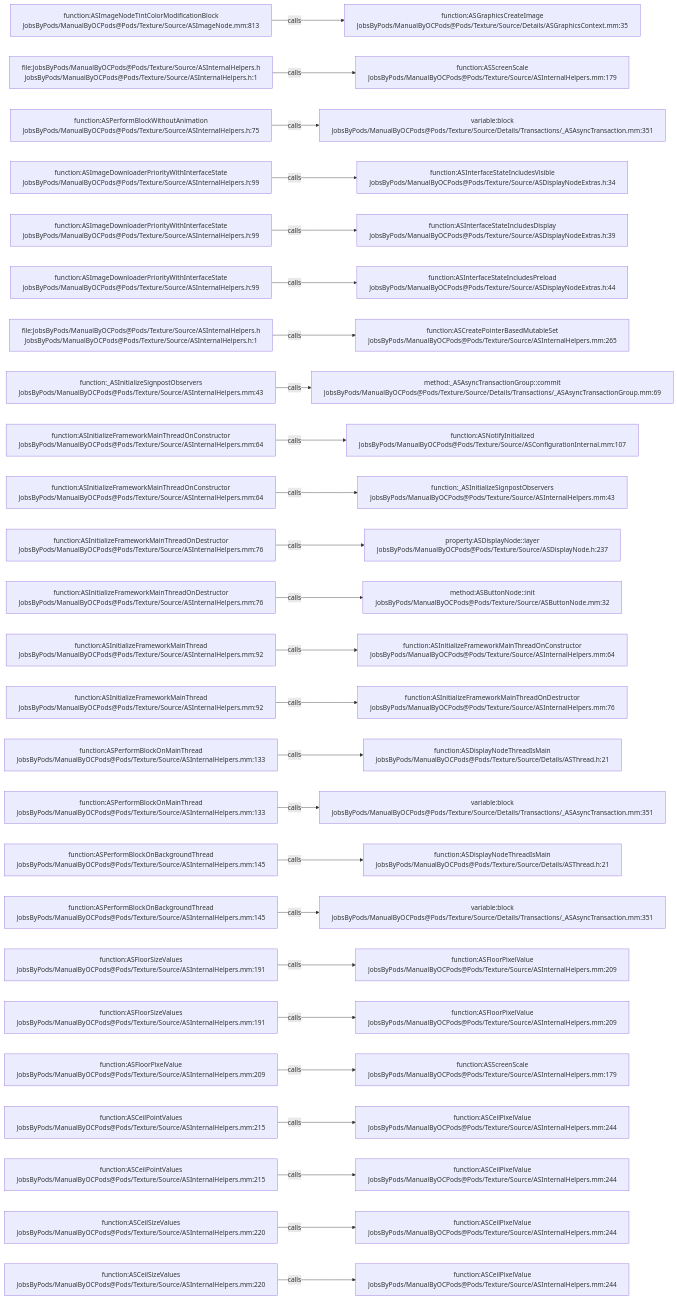
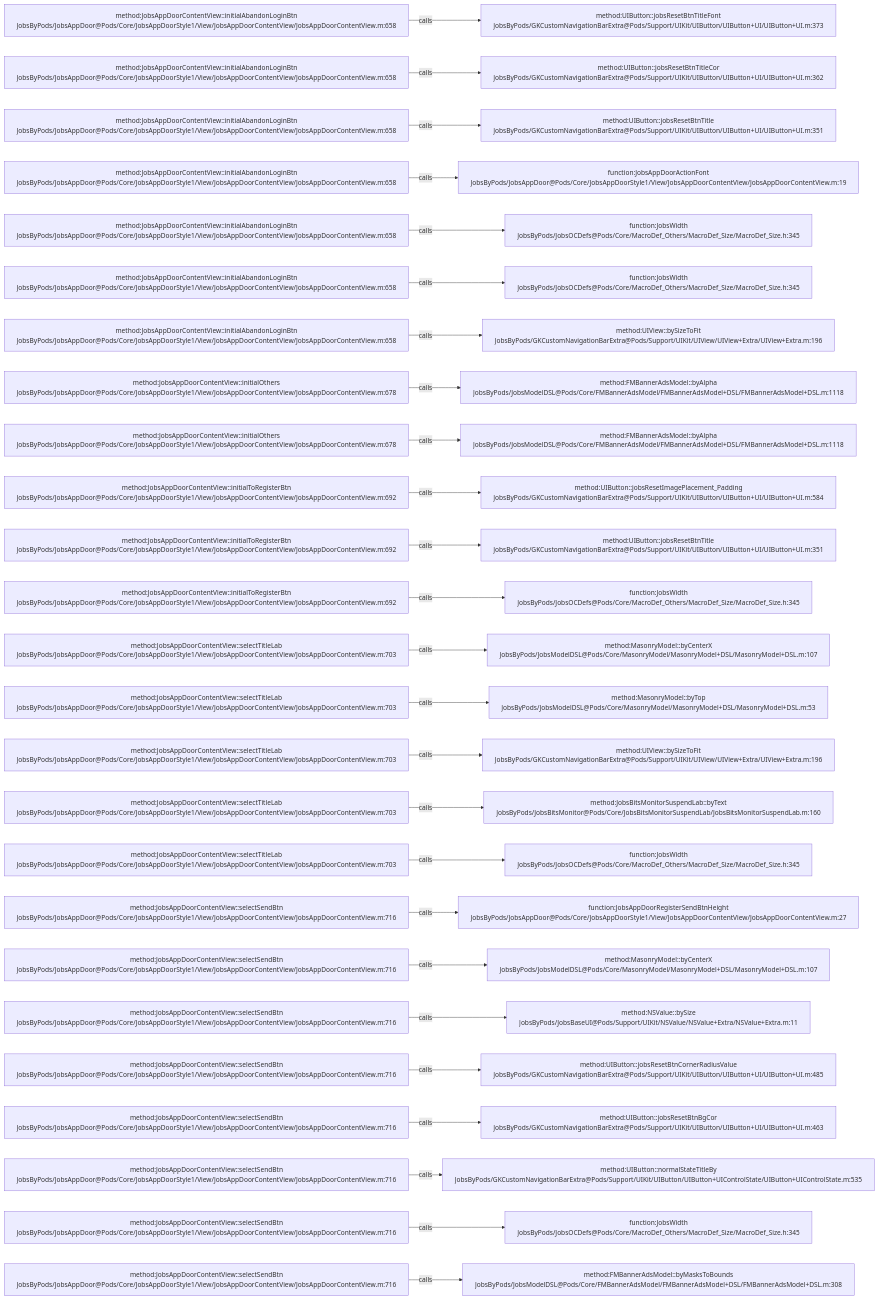
The diagram in .codegraph/codegraph.md/graphs/calls-096.md (JobsKits/JobsOCBaseConfigDemo), drawn with Mermaid before and after one commit. The commit also changed 768 other files, not shown here.

````diff
--- a/.codegraph/codegraph.md/graphs/calls-096.md
+++ b/.codegraph/codegraph.md/graphs/calls-096.md
@@ -13,78 +13,78 @@
 ```mermaid
 flowchart LR
-  S1["function:ASImageNodeTintColorModificationBlock<br/>JobsByPods/ManualByOCPods@Pods/Texture/Source/ASImageNode.mm:813"]
-  T1["function:ASGraphicsCreateImage<br/>JobsByPods/ManualByOCPods@Pods/Texture/Source/Details/ASGraphicsContext.mm:35"]
+  S1["method:JobsAppDoorContentView::initialAbandonLoginBtn<br/>JobsByPods/JobsAppDoor@Pods/Core/JobsAppDoorStyle1/View/JobsAppDoorContentView/JobsAppDoorContentView.m:658"]
+  T1["method:UIButton::jobsResetBtnTitleFont<br/>JobsByPods/GKCustomNavigationBarExtra@Pods/Support/UIKit/UIButton/UIButton+UI/UIButton+UI.m:373"]
   S1 -->|calls| T1
-  S2["file:JobsByPods/ManualByOCPods@Pods/Texture/Source/ASInternalHelpers.h<br/>JobsByPods/ManualByOCPods@Pods/Texture/Source/ASInternalHelpers.h:1"]
-  T2["function:ASScreenScale<br/>JobsByPods/ManualByOCPods@Pods/Texture/Source/ASInternalHelpers.mm:179"]
+  S2["method:JobsAppDoorContentView::initialAbandonLoginBtn<br/>JobsByPods/JobsAppDoor@Pods/Core/JobsAppDoorStyle1/View/JobsAppDoorContentView/JobsAppDoorContentView.m:658"]
+  T2["method:UIButton::jobsResetBtnTitleCor<br/>JobsByPods/GKCustomNavigationBarExtra@Pods/Support/UIKit/UIButton/UIButton+UI/UIButton+UI.m:362"]
   S2 -->|calls| T2
-  S3["function:ASPerformBlockWithoutAnimation<br/>JobsByPods/ManualByOCPods@Pods/Texture/Source/ASInternalHelpers.h:75"]
-  T3["variable:block<br/>JobsByPods/ManualByOCPods@Pods/Texture/Source/Details/Transactions/_ASAsyncTransaction.mm:351"]
+  S3["method:JobsAppDoorContentView::initialAbandonLoginBtn<br/>JobsByPods/JobsAppDoor@Pods/Core/JobsAppDoorStyle1/View/JobsAppDoorContentView/JobsAppDoorContentView.m:658"]
+  T3["method:UIButton::jobsResetBtnTitle<br/>JobsByPods/GKCustomNavigationBarExtra@Pods/Support/UIKit/UIButton/UIButton+UI/UIButton+UI.m:351"]
   S3 -->|calls| T3
-  S4["function:ASImageDownloaderPriorityWithInterfaceState<br/>JobsByPods/ManualByOCPods@Pods/Texture/Source/ASInternalHelpers.h:99"]
-  T4["function:ASInterfaceStateIncludesVisible<br/>JobsByPods/ManualByOCPods@Pods/Texture/Source/ASDisplayNodeExtras.h:34"]
+  S4["method:JobsAppDoorContentView::initialAbandonLoginBtn<br/>JobsByPods/JobsAppDoor@Pods/Core/JobsAppDoorStyle1/View/JobsAppDoorContentView/JobsAppDoorContentView.m:658"]
+  T4["function:JobsAppDoorActionFont<br/>JobsByPods/JobsAppDoor@Pods/Core/JobsAppDoorStyle1/View/JobsAppDoorContentView/JobsAppDoorContentView.m:19"]
   S4 -->|calls| T4
-  S5["function:ASImageDownloaderPriorityWithInterfaceState<br/>JobsByPods/ManualByOCPods@Pods/Texture/Source/ASInternalHelpers.h:99"]
-  T5["function:ASInterfaceStateIncludesDisplay<br/>JobsByPods/ManualByOCPods@Pods/Texture/Source/ASDisplayNodeExtras.h:39"]
+  S5["method:JobsAppDoorContentView::initialAbandonLoginBtn<br/>JobsByPods/JobsAppDoor@Pods/Core/JobsAppDoorStyle1/View/JobsAppDoorContentView/JobsAppDoorContentView.m:658"]
+  T5["function:JobsWidth<br/>JobsByPods/JobsOCDefs@Pods/Core/MacroDef_Others/MacroDef_Size/MacroDef_Size.h:345"]
   S5 -->|calls| T5
-  S6["function:ASImageDownloaderPriorityWithInterfaceState<br/>JobsByPods/ManualByOCPods@Pods/Texture/Source/ASInternalHelpers.h:99"]
-  T6["function:ASInterfaceStateIncludesPreload<br/>JobsByPods/ManualByOCPods@Pods/Texture/Source/ASDisplayNodeExtras.h:44"]
+  S6["method:JobsAppDoorContentView::initialAbandonLoginBtn<br/>JobsByPods/JobsAppDoor@Pods/Core/JobsAppDoorStyle1/View/JobsAppDoorContentView/JobsAppDoorContentView.m:658"]
+  T6["function:JobsWidth<br/>JobsByPods/JobsOCDefs@Pods/Core/MacroDef_Others/MacroDef_Size/MacroDef_Size.h:345"]
   S6 -->|calls| T6
-  S7["file:JobsByPods/ManualByOCPods@Pods/Texture/Source/ASInternalHelpers.h<br/>JobsByPods/ManualByOCPods@Pods/Texture/Source/ASInternalHelpers.h:1"]
-  T7["function:ASCreatePointerBasedMutableSet<br/>JobsByPods/ManualByOCPods@Pods/Texture/Source/ASInternalHelpers.mm:265"]
+  S7["method:JobsAppDoorContentView::initialAbandonLoginBtn<br/>JobsByPods/JobsAppDoor@Pods/Core/JobsAppDoorStyle1/View/JobsAppDoorContentView/JobsAppDoorContentView.m:658"]
+  T7["method:UIView::bySizeToFit<br/>JobsByPods/GKCustomNavigationBarExtra@Pods/Support/UIKit/UIView/UIView+Extra/UIView+Extra.m:196"]
   S7 -->|calls| T7
-  S8["function:_ASInitializeSignpostObservers<br/>JobsByPods/ManualByOCPods@Pods/Texture/Source/ASInternalHelpers.mm:43"]
-  T8["method:_ASAsyncTransactionGroup::commit<br/>JobsByPods/ManualByOCPods@Pods/Texture/Source/Details/Transactions/_ASAsyncTransactionGroup.mm:69"]
+  S8["method:JobsAppDoorContentView::initialOthers<br/>JobsByPods/JobsAppDoor@Pods/Core/JobsAppDoorStyle1/View/JobsAppDoorContentView/JobsAppDoorContentView.m:678"]
+  T8["method:FMBannerAdsModel::byAlpha<br/>JobsByPods/JobsModelDSL@Pods/Core/FMBannerAdsModel/FMBannerAdsModel+DSL/FMBannerAdsModel+DSL.m:1118"]
   S8 -->|calls| T8
-  S9["function:ASInitializeFrameworkMainThreadOnConstructor<br/>JobsByPods/ManualByOCPods@Pods/Texture/Source/ASInternalHelpers.mm:64"]
-  T9["function:ASNotifyInitialized<br/>JobsByPods/ManualByOCPods@Pods/Texture/Source/ASConfigurationInternal.mm:107"]
+  S9["method:JobsAppDoorContentView::initialOthers<br/>JobsByPods/JobsAppDoor@Pods/Core/JobsAppDoorStyle1/View/JobsAppDoorContentView/JobsAppDoorContentView.m:678"]
+  T9["method:FMBannerAdsModel::byAlpha<br/>JobsByPods/JobsModelDSL@Pods/Core/FMBannerAdsModel/FMBannerAdsModel+DSL/FMBannerAdsModel+DSL.m:1118"]
   S9 -->|calls| T9
-  S10["function:ASInitializeFrameworkMainThreadOnConstructor<br/>JobsByPods/ManualByOCPods@Pods/Texture/Source/ASInternalHelpers.mm:64"]
-  T10["function:_ASInitializeSignpostObservers<br/>JobsByPods/ManualByOCPods@Pods/Texture/Source/ASInternalHelpers.mm:43"]
+  S10["method:JobsAppDoorContentView::initialToRegisterBtn<br/>JobsByPods/JobsAppDoor@Pods/Core/JobsAppDoorStyle1/View/JobsAppDoorContentView/JobsAppDoorContentView.m:692"]
+  T10["method:UIButton::jobsResetImagePlacement_Padding<br/>JobsByPods/GKCustomNavigationBarExtra@Pods/Support/UIKit/UIButton/UIButton+UI/UIButton+UI.m:584"]
   S10 -->|calls| T10
-  S11["function:ASInitializeFrameworkMainThreadOnDestructor<br/>JobsByPods/ManualByOCPods@Pods/Texture/Source/ASInternalHelpers.mm:76"]
-  T11["property:ASDisplayNode::layer<br/>JobsByPods/ManualByOCPods@Pods/Texture/Source/ASDisplayNode.h:237"]
+  S11["method:JobsAppDoorContentView::initialToRegisterBtn<br/>JobsByPods/JobsAppDoor@Pods/Core/JobsAppDoorStyle1/View/JobsAppDoorContentView/JobsAppDoorContentView.m:692"]
+  T11["method:UIButton::jobsResetBtnTitle<br/>JobsByPods/GKCustomNavigationBarExtra@Pods/Support/UIKit/UIButton/UIButton+UI/UIButton+UI.m:351"]
   S11 -->|calls| T11
-  S12["function:ASInitializeFrameworkMainThreadOnDestructor<br/>JobsByPods/ManualByOCPods@Pods/Texture/Source/ASInternalHelpers.mm:76"]
-  T12["method:ASButtonNode::init<br/>JobsByPods/ManualByOCPods@Pods/Texture/Source/ASButtonNode.mm:32"]
+  S12["method:JobsAppDoorContentView::initialToRegisterBtn<br/>JobsByPods/JobsAppDoor@Pods/Core/JobsAppDoorStyle1/View/JobsAppDoorContentView/JobsAppDoorContentView.m:692"]
+  T12["function:JobsWidth<br/>JobsByPods/JobsOCDefs@Pods/Core/MacroDef_Others/MacroDef_Size/MacroDef_Size.h:345"]
   S12 -->|calls| T12
-  S13["function:ASInitializeFrameworkMainThread<br/>JobsByPods/ManualByOCPods@Pods/Texture/Source/ASInternalHelpers.mm:92"]
-  T13["function:ASInitializeFrameworkMainThreadOnConstructor<br/>JobsByPods/ManualByOCPods@Pods/Texture/Source/ASInternalHelpers.mm:64"]
+  S13["method:JobsAppDoorContentView::selectTitleLab<br/>JobsByPods/JobsAppDoor@Pods/Core/JobsAppDoorStyle1/View/JobsAppDoorContentView/JobsAppDoorContentView.m:703"]
+  T13["method:MasonryModel::byCenterX<br/>JobsByPods/JobsModelDSL@Pods/Core/MasonryModel/MasonryModel+DSL/MasonryModel+DSL.m:107"]
   S13 -->|calls| T13
-  S14["function:ASInitializeFrameworkMainThread<br/>JobsByPods/ManualByOCPods@Pods/Texture/Source/ASInternalHelpers.mm:92"]
-  T14["function:ASInitializeFrameworkMainThreadOnDestructor<br/>JobsByPods/ManualByOCPods@Pods/Texture/Source/ASInternalHelpers.mm:76"]
+  S14["method:JobsAppDoorContentView::selectTitleLab<br/>JobsByPods/JobsAppDoor@Pods/Core/JobsAppDoorStyle1/View/JobsAppDoorContentView/JobsAppDoorContentView.m:703"]
+  T14["method:MasonryModel::byTop<br/>JobsByPods/JobsModelDSL@Pods/Core/MasonryModel/MasonryModel+DSL/MasonryModel+DSL.m:53"]
   S14 -->|calls| T14
-  S15["function:ASPerformBlockOnMainThread<br/>JobsByPods/ManualByOCPods@Pods/Texture/Source/ASInternalHelpers.mm:133"]
-  T15["function:ASDisplayNodeThreadIsMain<br/>JobsByPods/ManualByOCPods@Pods/Texture/Source/Details/ASThread.h:21"]
+  S15["method:JobsAppDoorContentView::selectTitleLab<br/>JobsByPods/JobsAppDoor@Pods/Core/JobsAppDoorStyle1/View/JobsAppDoorContentView/JobsAppDoorContentView.m:703"]
+  T15["method:UIView::bySizeToFit<br/>JobsByPods/GKCustomNavigationBarExtra@Pods/Support/UIKit/UIView/UIView+Extra/UIView+Extra.m:196"]
   S15 -->|calls| T15
-  S16["function:ASPerformBlockOnMainThread<br/>JobsByPods/ManualByOCPods@Pods/Texture/Source/ASInternalHelpers.mm:133"]
-  T16["variable:block<br/>JobsByPods/ManualByOCPods@Pods/Texture/Source/Details/Transactions/_ASAsyncTransaction.mm:351"]
+  S16["method:JobsAppDoorContentView::selectTitleLab<br/>JobsByPods/JobsAppDoor@Pods/Core/JobsAppDoorStyle1/View/JobsAppDoorContentView/JobsAppDoorContentView.m:703"]
+  T16["method:JobsBitsMonitorSuspendLab::byText<br/>JobsByPods/JobsBitsMonitor@Pods/Core/JobsBitsMonitorSuspendLab/JobsBitsMonitorSuspendLab.m:160"]
   S16 -->|calls| T16
-  S17["function:ASPerformBlockOnBackgroundThread<br/>JobsByPods/ManualByOCPods@Pods/Texture/Source/ASInternalHelpers.mm:145"]
-  T17["function:ASDisplayNodeThreadIsMain<br/>JobsByPods/ManualByOCPods@Pods/Texture/Source/Details/ASThread.h:21"]
+  S17["method:JobsAppDoorContentView::selectTitleLab<br/>JobsByPods/JobsAppDoor@Pods/Core/JobsAppDoorStyle1/View/JobsAppDoorContentView/JobsAppDoorContentView.m:703"]
+  T17["function:JobsWidth<br/>JobsByPods/JobsOCDefs@Pods/Core/MacroDef_Others/MacroDef_Size/MacroDef_Size.h:345"]
   S17 -->|calls| T17
-  S18["function:ASPerformBlockOnBackgroundThread<br/>JobsByPods/ManualByOCPods@Pods/Texture/Source/ASInternalHelpers.mm:145"]
-  T18["variable:block<br/>JobsByPods/ManualByOCPods@Pods/Texture/Source/Details/Transactions/_ASAsyncTransaction.mm:351"]
+  S18["method:JobsAppDoorContentView::selectSendBtn<br/>JobsByPods/JobsAppDoor@Pods/Core/JobsAppDoorStyle1/View/JobsAppDoorContentView/JobsAppDoorContentView.m:716"]
+  T18["function:JobsAppDoorRegisterSendBtnHeight<br/>JobsByPods/JobsAppDoor@Pods/Core/JobsAppDoorStyle1/View/JobsAppDoorContentView/JobsAppDoorContentView.m:27"]
   S18 -->|calls| T18
-  S19["function:ASFloorSizeValues<br/>JobsByPods/ManualByOCPods@Pods/Texture/Source/ASInternalHelpers.mm:191"]
-  T19["function:ASFloorPixelValue<br/>JobsByPods/ManualByOCPods@Pods/Texture/Source/ASInternalHelpers.mm:209"]
+  S19["method:JobsAppDoorContentView::selectSendBtn<br/>JobsByPods/JobsAppDoor@Pods/Core/JobsAppDoorStyle1/View/JobsAppDoorContentView/JobsAppDoorContentView.m:716"]
+  T19["method:MasonryModel::byCenterX<br/>JobsByPods/JobsModelDSL@Pods/Core/MasonryModel/MasonryModel+DSL/MasonryModel+DSL.m:107"]
   S19 -->|calls| T19
-  S20["function:ASFloorSizeValues<br/>JobsByPods/ManualByOCPods@Pods/Texture/Source/ASInternalHelpers.mm:191"]
-  T20["function:ASFloorPixelValue<br/>JobsByPods/ManualByOCPods@Pods/Texture/Source/ASInternalHelpers.mm:209"]
+  S20["method:JobsAppDoorContentView::selectSendBtn<br/>JobsByPods/JobsAppDoor@Pods/Core/JobsAppDoorStyle1/View/JobsAppDoorContentView/JobsAppDoorContentView.m:716"]
+  T20["method:NSValue::bySize<br/>JobsByPods/JobsBaseUI@Pods/Support/UIKit/NSValue/NSValue+Extra/NSValue+Extra.m:11"]
   S20 -->|calls| T20
-  S21["function:ASFloorPixelValue<br/>JobsByPods/ManualByOCPods@Pods/Texture/Source/ASInternalHelpers.mm:209"]
-  T21["function:ASScreenScale<br/>JobsByPods/ManualByOCPods@Pods/Texture/Source/ASInternalHelpers.mm:179"]
+  S21["method:JobsAppDoorContentView::selectSendBtn<br/>JobsByPods/JobsAppDoor@Pods/Core/JobsAppDoorStyle1/View/JobsAppDoorContentView/JobsAppDoorContentView.m:716"]
+  T21["method:UIButton::jobsResetBtnCornerRadiusValue<br/>JobsByPods/GKCustomNavigationBarExtra@Pods/Support/UIKit/UIButton/UIButton+UI/UIButton+UI.m:485"]
   S21 -->|calls| T21
-  S22["function:ASCeilPointValues<br/>JobsByPods/ManualByOCPods@Pods/Texture/Source/ASInternalHelpers.mm:215"]
-  T22["function:ASCeilPixelValue<br/>JobsByPods/ManualByOCPods@Pods/Texture/Source/ASInternalHelpers.mm:244"]
+  S22["method:JobsAppDoorContentView::selectSendBtn<br/>JobsByPods/JobsAppDoor@Pods/Core/JobsAppDoorStyle1/View/JobsAppDoorContentView/JobsAppDoorContentView.m:716"]
+  T22["method:UIButton::jobsResetBtnBgCor<br/>JobsByPods/GKCustomNavigationBarExtra@Pods/Support/UIKit/UIButton/UIButton+UI/UIButton+UI.m:463"]
   S22 -->|calls| T22
-  S23["function:ASCeilPointValues<br/>JobsByPods/ManualByOCPods@Pods/Texture/Source/ASInternalHelpers.mm:215"]
-  T23["function:ASCeilPixelValue<br/>JobsByPods/ManualByOCPods@Pods/Texture/Source/ASInternalHelpers.mm:244"]
+  S23["method:JobsAppDoorContentView::selectSendBtn<br/>JobsByPods/JobsAppDoor@Pods/Core/JobsAppDoorStyle1/View/JobsAppDoorContentView/JobsAppDoorContentView.m:716"]
+  T23["method:UIButton::normalStateTitleBy<br/>JobsByPods/GKCustomNavigationBarExtra@Pods/Support/UIKit/UIButton/UIButton+UIControlState/UIButton+UIControlState.m:535"]
   S23 -->|calls| T23
-  S24["function:ASCeilSizeValues<br/>JobsByPods/ManualByOCPods@Pods/Texture/Source/ASInternalHelpers.mm:220"]
-  T24["function:ASCeilPixelValue<br/>JobsByPods/ManualByOCPods@Pods/Texture/Source/ASInternalHelpers.mm:244"]
+  S24["method:JobsAppDoorContentView::selectSendBtn<br/>JobsByPods/JobsAppDoor@Pods/Core/JobsAppDoorStyle1/View/JobsAppDoorContentView/JobsAppDoorContentView.m:716"]
+  T24["function:JobsWidth<br/>JobsByPods/JobsOCDefs@Pods/Core/MacroDef_Others/MacroDef_Size/MacroDef_Size.h:345"]
   S24 -->|calls| T24
-  S25["function:ASCeilSizeValues<br/>JobsByPods/ManualByOCPods@Pods/Texture/Source/ASInternalHelpers.mm:220"]
-  T25["function:ASCeilPixelValue<br/>JobsByPods/ManualByOCPods@Pods/Texture/Source/ASInternalHelpers.mm:244"]
+  S25["method:JobsAppDoorContentView::selectSendBtn<br/>JobsByPods/JobsAppDoor@Pods/Core/JobsAppDoorStyle1/View/JobsAppDoorContentView/JobsAppDoorContentView.m:716"]
+  T25["method:FMBannerAdsModel::byMasksToBounds<br/>JobsByPods/JobsModelDSL@Pods/Core/FMBannerAdsModel/FMBannerAdsModel+DSL/FMBannerAdsModel+DSL.m:308"]
   S25 -->|calls| T25
 ```
````
